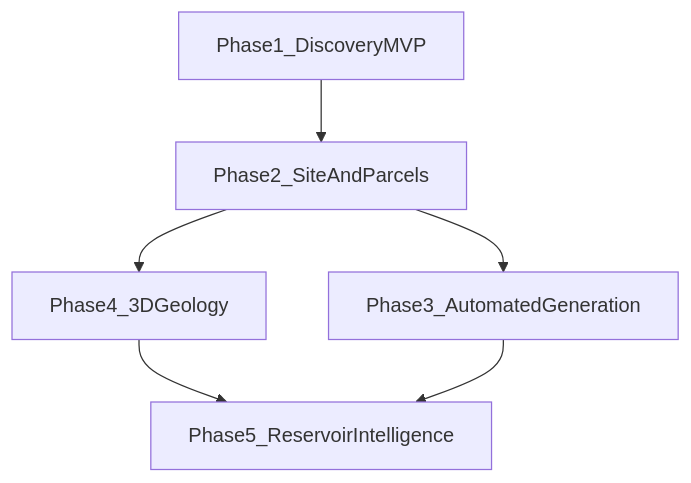
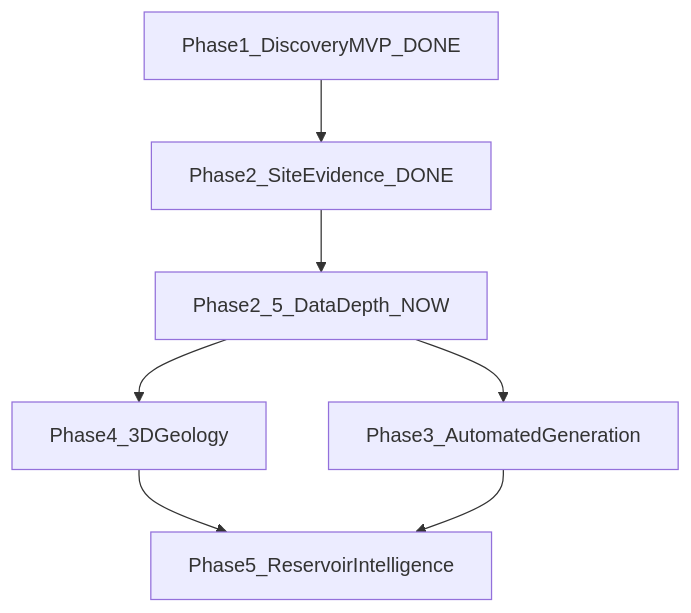
One commit to kellybyron2222-dev/Geothermal changed the diagram in docs/roadmap.md. Above: the diagram before and after it, drawn with Mermaid. The commit also changed other lines of this file and 109 other files, not shown here.

First line of the commit message:
Ship Data Depth STOP, Barnes geology context, and Phase 3 automation complete.

````diff
--- a/docs/roadmap.md
+++ b/docs/roadmap.md
@@ -188,11 +208,12 @@
 ```mermaid
 flowchart TD
-  p1[Phase1_DiscoveryMVP]
-  p2[Phase2_SiteAndParcels]
+  p1[Phase1_DiscoveryMVP_DONE]
+  p2[Phase2_SiteEvidence_DONE]
+  p25[Phase2_5_DataDepth_NOW]
   p3[Phase3_AutomatedGeneration]
   p4[Phase4_3DGeology]
   p5[Phase5_ReservoirIntelligence]
-  p1 --> p2 --> p3
-  p2 --> p4 --> p5
+  p1 --> p2 --> p25 --> p3
+  p25 --> p4 --> p5
   p3 --> p5
 ```
````
